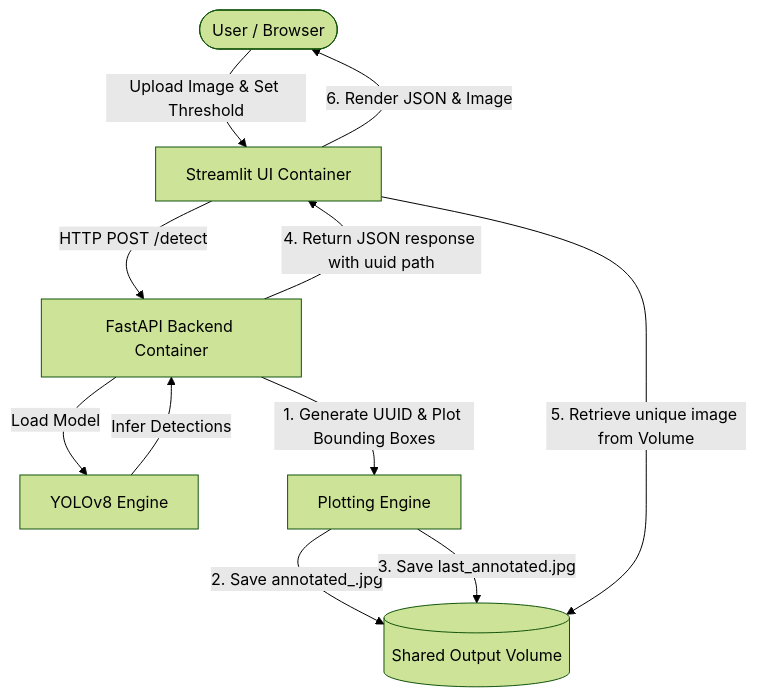
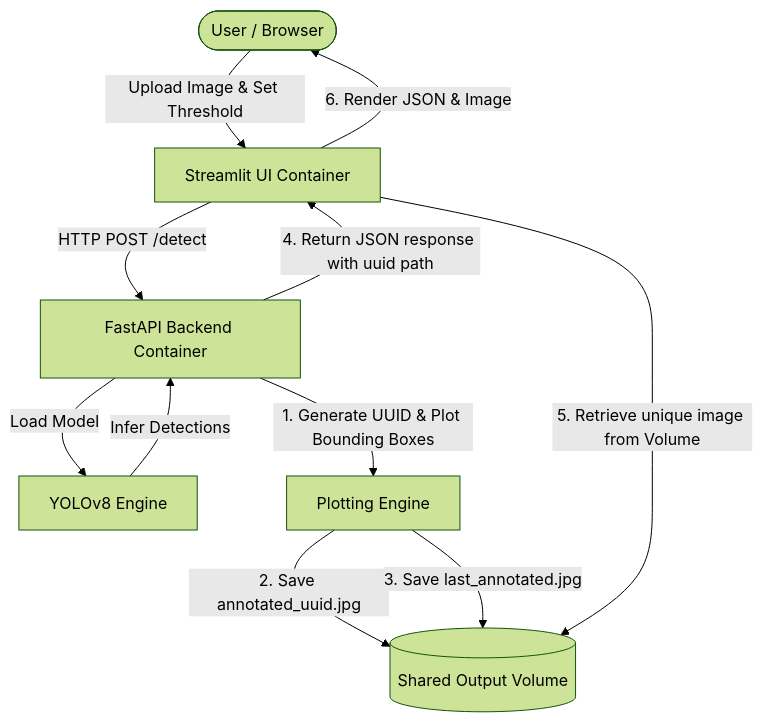
The first of 3 diagrams in README.md (SabbellaLaharika/VisionDetect-API), drawn with Mermaid (forest theme) before and after one commit. The commit also changed other lines of this file, not shown here.

Commit message:
docs: enclose Mermaid node text in quotes to prevent rendering errors

````diff
--- a/README.md
+++ b/README.md
@@ -30,13 +30,13 @@
 ```mermaid
 graph TD
-    User([User / Browser]) -->|Upload Image & Set Threshold| Streamlit[Streamlit UI Container]
-    Streamlit -->|HTTP POST /detect| FastAPI[FastAPI Backend Container]
-    FastAPI -->|Load Model| YOLO[YOLOv8 Engine]
+    User(["User / Browser"]) -->|Upload Image & Set Threshold| Streamlit["Streamlit UI Container"]
+    Streamlit -->|"HTTP POST /detect"| FastAPI["FastAPI Backend Container"]
+    FastAPI -->|Load Model| YOLO["YOLOv8 Engine"]
     YOLO -->|Infer Detections| FastAPI
-    FastAPI -->|1. Generate UUID & Plot Bounding Boxes| Plot[Plotting Engine]
-    Plot -->|2. Save annotated_<uuid>.jpg| OutputDir[(Shared Output Volume)]
-    Plot -->|3. Save last_annotated.jpg| OutputDir
-    FastAPI -->|4. Return JSON response with uuid path| Streamlit
-    Streamlit -->|5. Retrieve unique image from Volume| OutputDir
-    Streamlit -->|6. Render JSON & Image| User
+    FastAPI -->|"1. Generate UUID & Plot Bounding Boxes"| Plot["Plotting Engine"]
+    Plot -->|"2. Save annotated_uuid.jpg"| OutputDir[("Shared Output Volume")]
+    Plot -->|"3. Save last_annotated.jpg"| OutputDir
+    FastAPI -->|"4. Return JSON response with uuid path"| Streamlit
+    Streamlit -->|"5. Retrieve unique image from Volume"| OutputDir
+    Streamlit -->|"6. Render JSON & Image"| User
 ```
````
